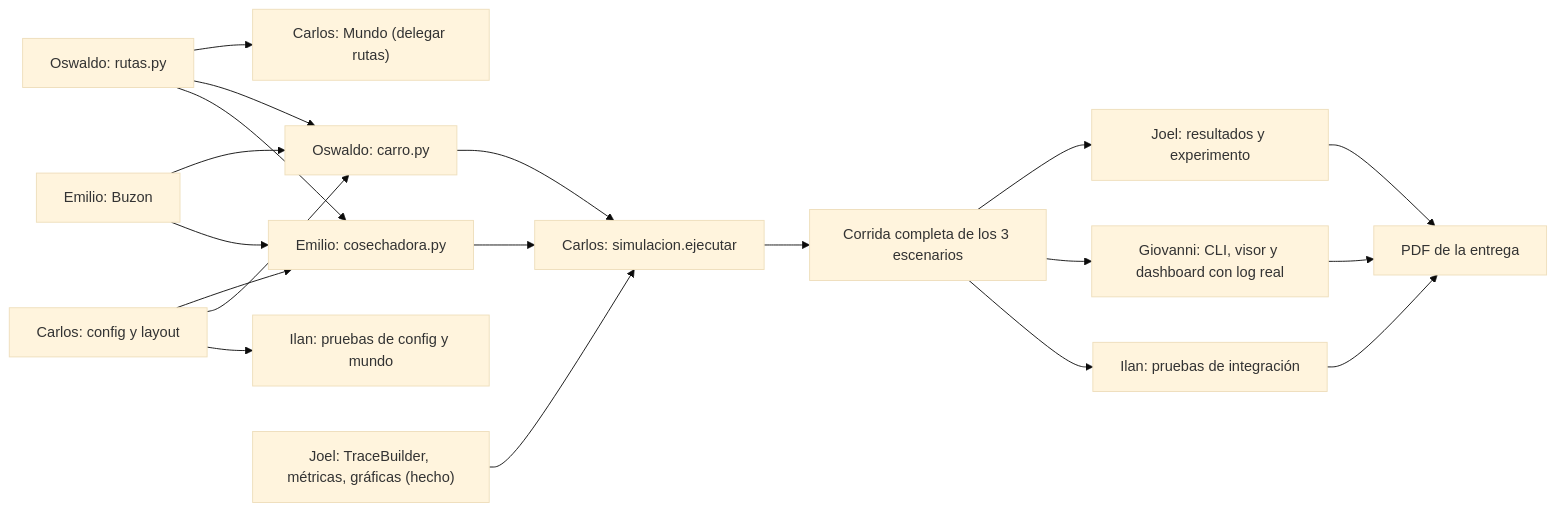
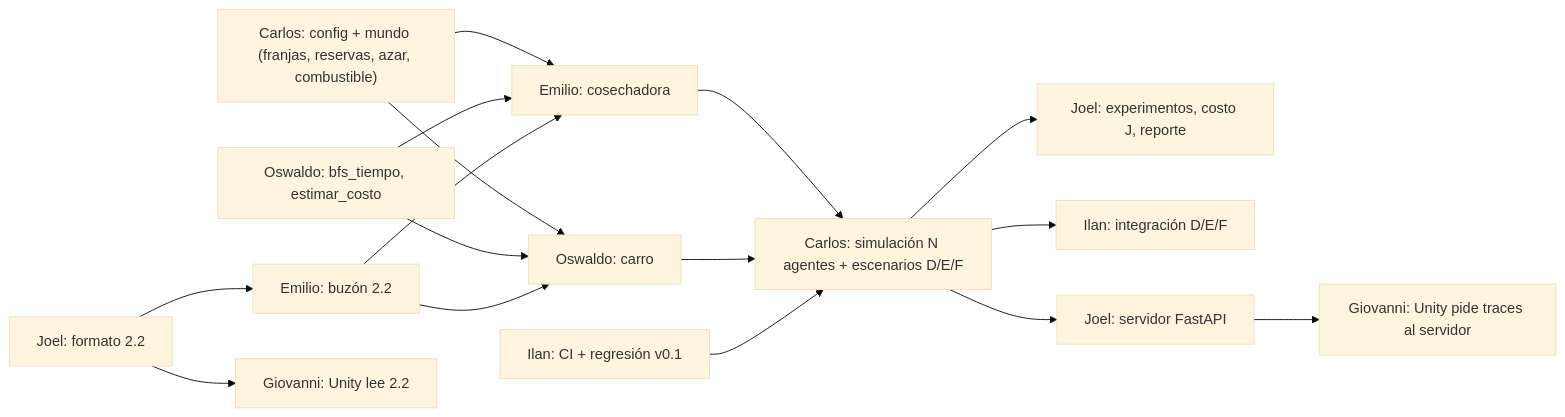
Before and after one commit to JoelMEsc/harvest_sim: the first of 2 diagrams in docs/plan_de_trabajo.md, drawn with Mermaid (base theme). The commit also changed other lines of this file and 17 other files, not shown here.

````diff
--- a/docs/plan_de_trabajo.md
+++ b/docs/plan_de_trabajo.md
@@ -65,21 +42,18 @@
 ```mermaid
 flowchart LR
-  O1["Oswaldo: rutas.py"] --> C2["Carlos: Mundo (delegar rutas)"]
-  O1 --> O3["Oswaldo: carro.py"]
-  O1 --> M3["Emilio: cosechadora.py"]
-  C1["Carlos: config y layout"] --> M3
-  C1 --> O3
-  C1 --> I2["Ilan: pruebas de config y mundo"]
-  M1["Emilio: Buzon"] --> O3
-  M1 --> M3
-  M3 --> C6["Carlos: simulacion.ejecutar"]
-  O3 --> C6
-  J["Joel: TraceBuilder, métricas, gráficas (hecho)"] --> C6
-  C6 --> INT["Corrida completa de los 3 escenarios"]
-  INT --> J5["Joel: resultados y experimento"]
-  INT --> G3["Giovanni: CLI, visor y dashboard con log real"]
-  INT --> I3["Ilan: pruebas de integración"]
-  J5 --> PDF["PDF de la entrega"]
-  G3 --> PDF
-  I3 --> PDF
+  C1["Carlos: config + mundo (franjas, reservas, azar, combustible)"] --> M2["Emilio: cosechadora"]
+  C1 --> O2["Oswaldo: carro"]
+  O1["Oswaldo: bfs_tiempo, estimar_costo"] --> M2
+  O1 --> O2
+  M1["Emilio: buzón 2.2"] --> M2
+  M1 --> O2
+  J1["Joel: formato 2.2"] --> M1
+  J1 --> G1["Giovanni: Unity lee 2.2"]
+  M2 --> C2["Carlos: simulación N agentes + escenarios D/E/F"]
+  O2 --> C2
+  C2 --> J2["Joel: experimentos, costo J, reporte"]
+  C2 --> I2["Ilan: integración D/E/F"]
+  J3["Joel: servidor FastAPI"] --> G2["Giovanni: Unity pide traces al servidor"]
+  C2 --> J3
+  I1["Ilan: CI + regresión v0.1"] --> C2
 ```
````
